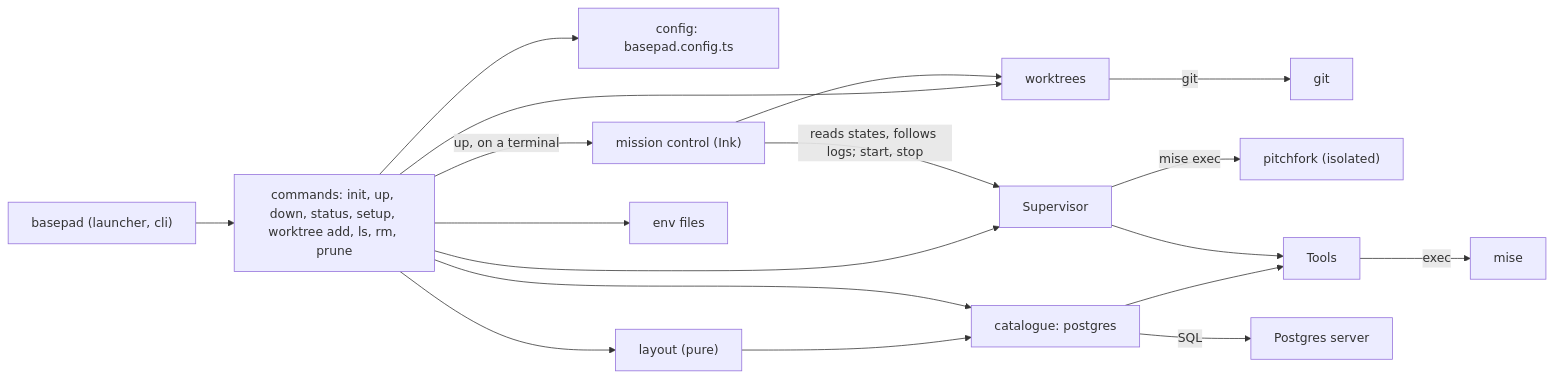
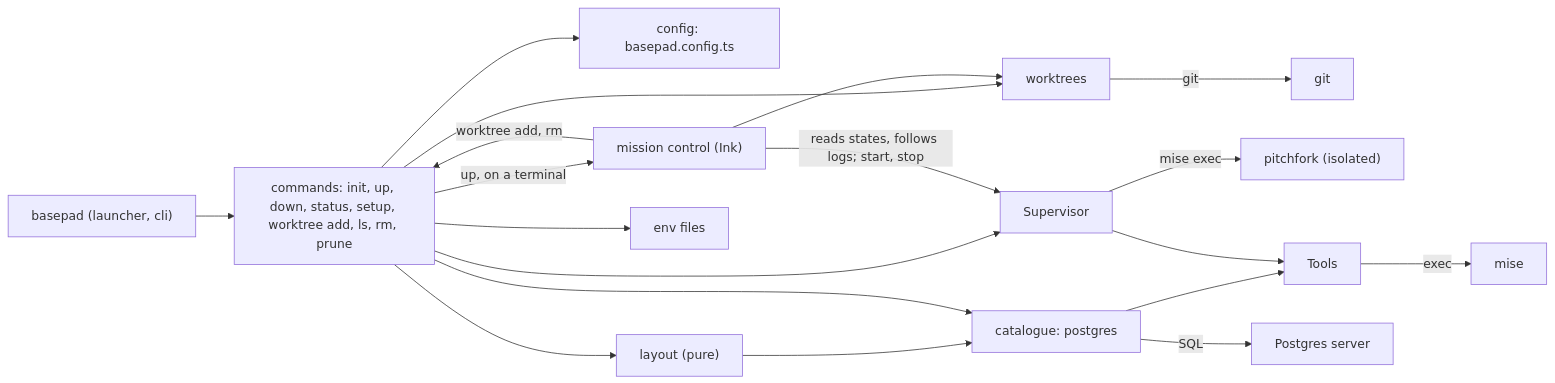
The diagram in docs/feature-map.md (Aysnc-Labs/basepad), drawn with Mermaid before and after one commit. The commit also changed other lines of this file and 12 other files, not shown here.

First line of the commit message:
Mission control: add and remove worktrees; small terminals, 16 colours and NO_COLOR (#23)

````diff
--- a/docs/feature-map.md
+++ b/docs/feature-map.md
@@ -12,20 +12,21 @@
 ```mermaid
 flowchart LR
   CLI["basepad (launcher, cli)"] --> Commands["commands: init, up, down, status, setup, worktree add, ls, rm, prune"]
   Commands --> Worktrees["worktrees"]
   Worktrees -- "git" --> Git["git"]
   Commands --> Config["config: basepad.config.ts"]
   Commands --> Layout["layout (pure)"]
   Layout --> Catalogue
   Commands --> Catalogue["catalogue: postgres"]
   Commands --> Supervisor
   Commands -- "up, on a terminal" --> MissionControl["mission control (Ink)"]
   MissionControl -- "reads states, follows logs; start, stop" --> Supervisor
   MissionControl --> Worktrees
+  MissionControl -- "worktree add, rm" --> Commands
   Commands --> EnvFiles["env files"]
   Supervisor -- "mise exec" --> Pitchfork["pitchfork (isolated)"]
   Catalogue --> Tools
   Supervisor --> Tools
   Tools -- "exec" --> Mise["mise"]
   Catalogue -- "SQL" --> Postgres["Postgres server"]
 ```
````
